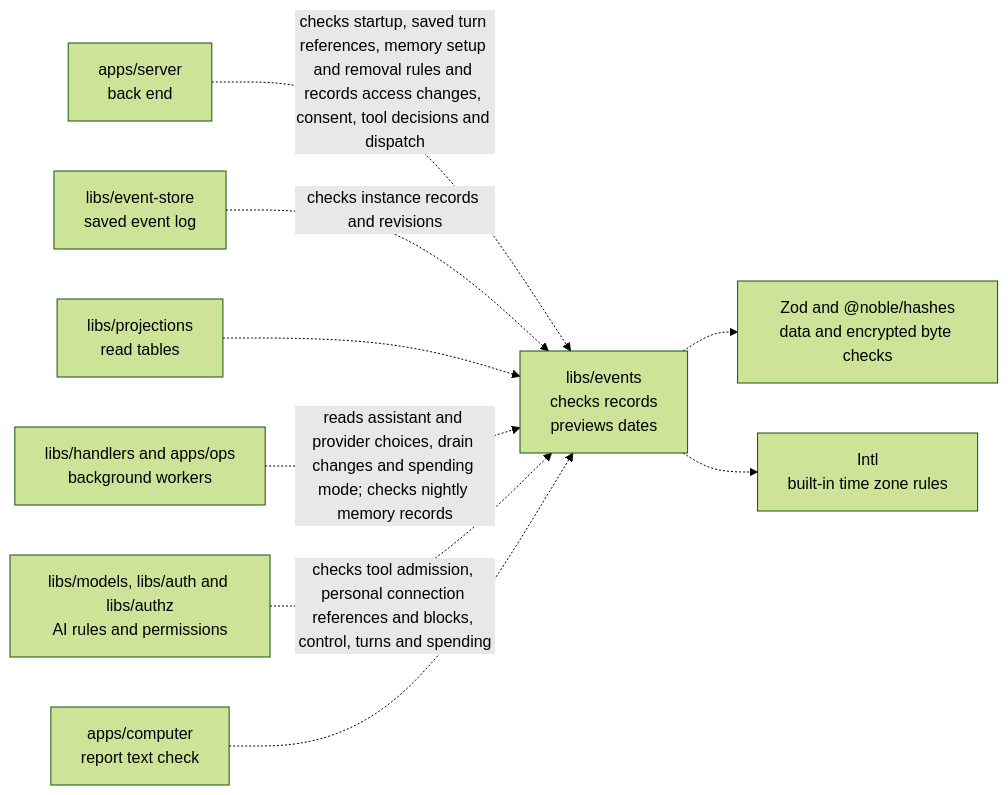
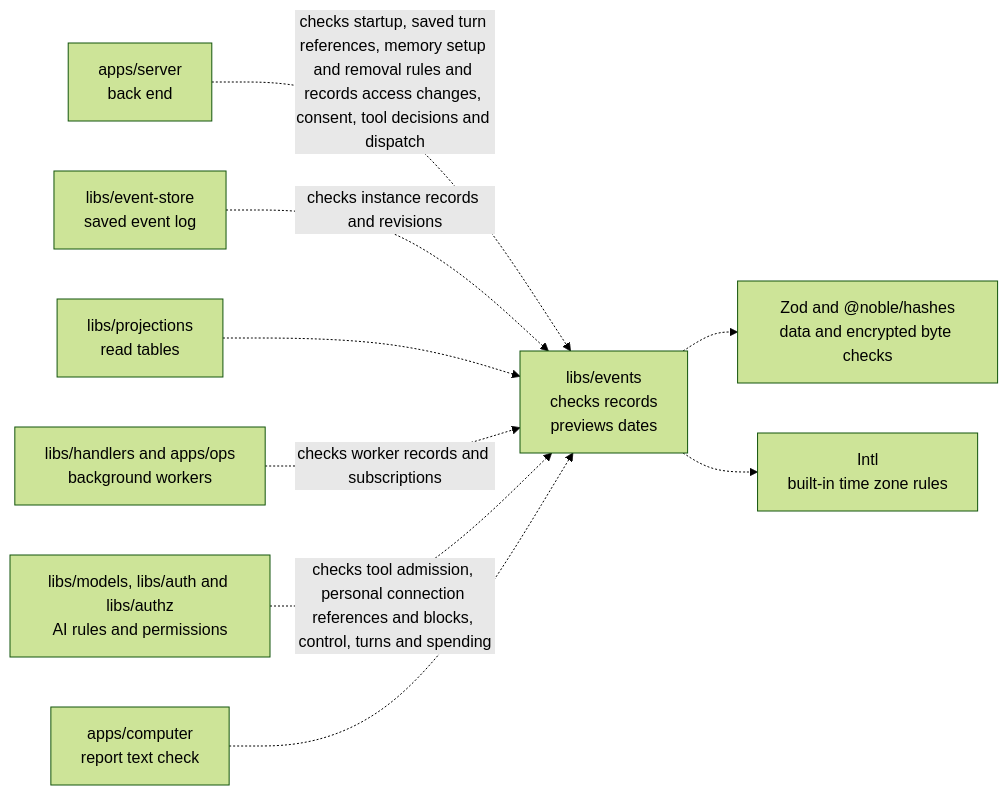
The diagram in libs/events/README.md (elewa-git/opencrane-new), drawn with Mermaid (forest theme) before and after one commit. The commit also changed other lines of this file and 13 other files, not shown here.

````diff
--- a/libs/events/README.md
+++ b/libs/events/README.md
@@ -27,11 +27,11 @@
 ```mermaid
 flowchart LR
   server["apps/server<br/>back end"] -.->|checks startup, saved turn references, memory setup and removal rules and records access changes, consent, tool decisions and dispatch| events["libs/events<br/>checks records<br/>previews dates"]
   store["libs/event-store<br/>saved event log"] -.->|checks instance records and revisions| events
   projections["libs/projections<br/>read tables"] -.-> events
-  workers["libs/handlers and apps/ops<br/>background workers"] -.->|reads assistant and provider choices, drain changes and spending mode; checks nightly memory records| events["libs/events<br/>checks records<br/>previews dates"]
+  workers["libs/handlers and apps/ops<br/>background workers"] -.->|checks worker records and subscriptions| events["libs/events<br/>checks records<br/>previews dates"]
   others["libs/models, libs/auth and libs/authz<br/>AI rules and permissions"] -.->|checks tool admission, personal connection references and blocks, control, turns and spending| events
   computer["apps/computer<br/>report text check"] -.-> events
   events -.-> checks["Zod and @noble/hashes<br/>data and encrypted byte checks"]
   events -.-> zones["Intl<br/>built-in time zone rules"]
 ```
````
